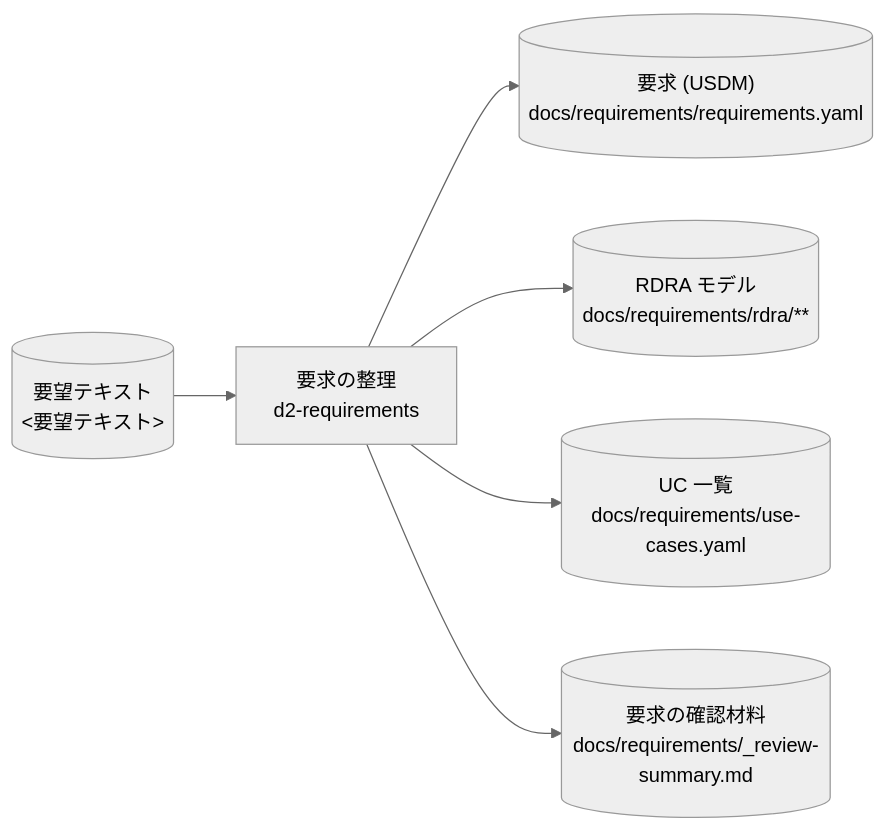
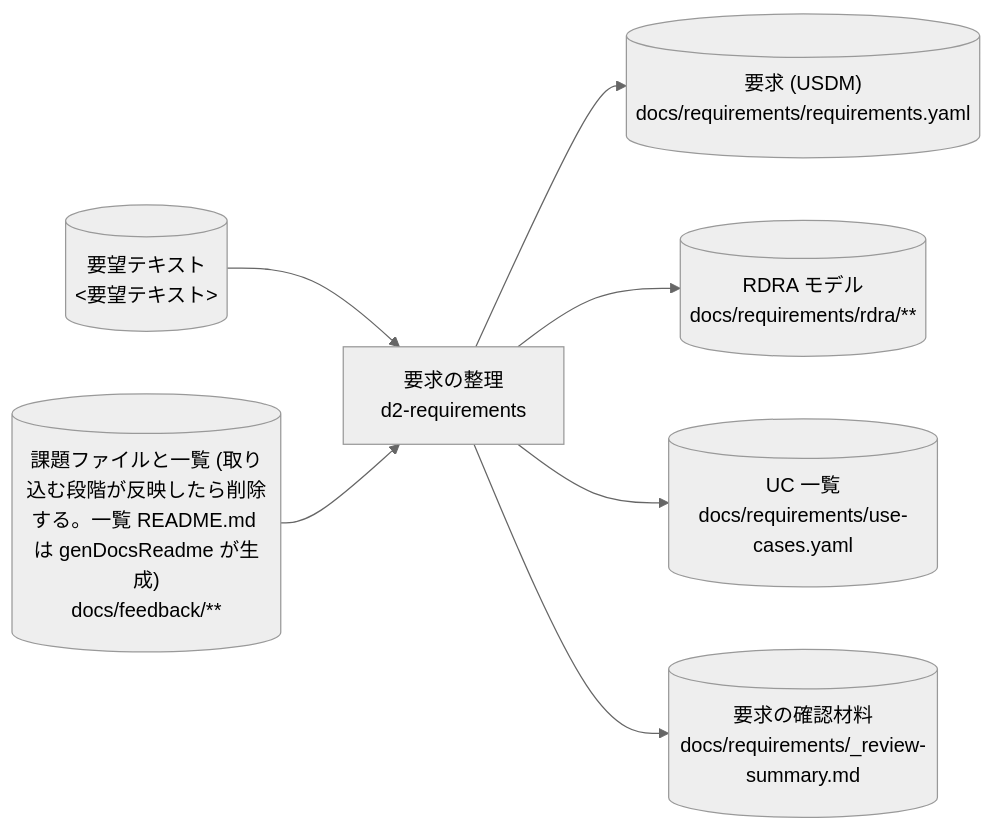
The fourth of 45 diagrams in plugins/distillery2/skills/d2-common/references/dataflow.md (suwa-sh/suwa-sh-claude-plugins), drawn with Mermaid (neutral theme) before and after one commit. The commit also changed other lines of this file and 22 other files, not shown here.

````diff
--- a/plugins/distillery2/skills/d2-common/references/dataflow.md
+++ b/plugins/distillery2/skills/d2-common/references/dataflow.md
@@ -153,14 +156,16 @@
 ```mermaid
 flowchart LR
   p_requirements["要求の整理<br/>d2-requirements"]
   s_request_text[("要望テキスト<br/>#lt;要望テキスト#gt;")]
+  s_feedback_docs[("課題ファイルと一覧 (取り込む段階が反映したら削除する。一覧 README.md は genDocsReadme が生成)<br/>docs/feedback/**")]
   s_req_usdm[("要求 (USDM)<br/>docs/requirements/requirements.yaml")]
   s_req_rdra[("RDRA モデル<br/>docs/requirements/rdra/**")]
   s_use_cases[("UC 一覧<br/>docs/requirements/use-cases.yaml")]
   s_req_review[("要求の確認材料<br/>docs/requirements/_review-summary.md")]
   s_request_text --> p_requirements
+  s_feedback_docs --> p_requirements
   p_requirements --> s_req_usdm
   p_requirements --> s_req_rdra
   p_requirements --> s_use_cases
   p_requirements --> s_req_review
 ```
````
